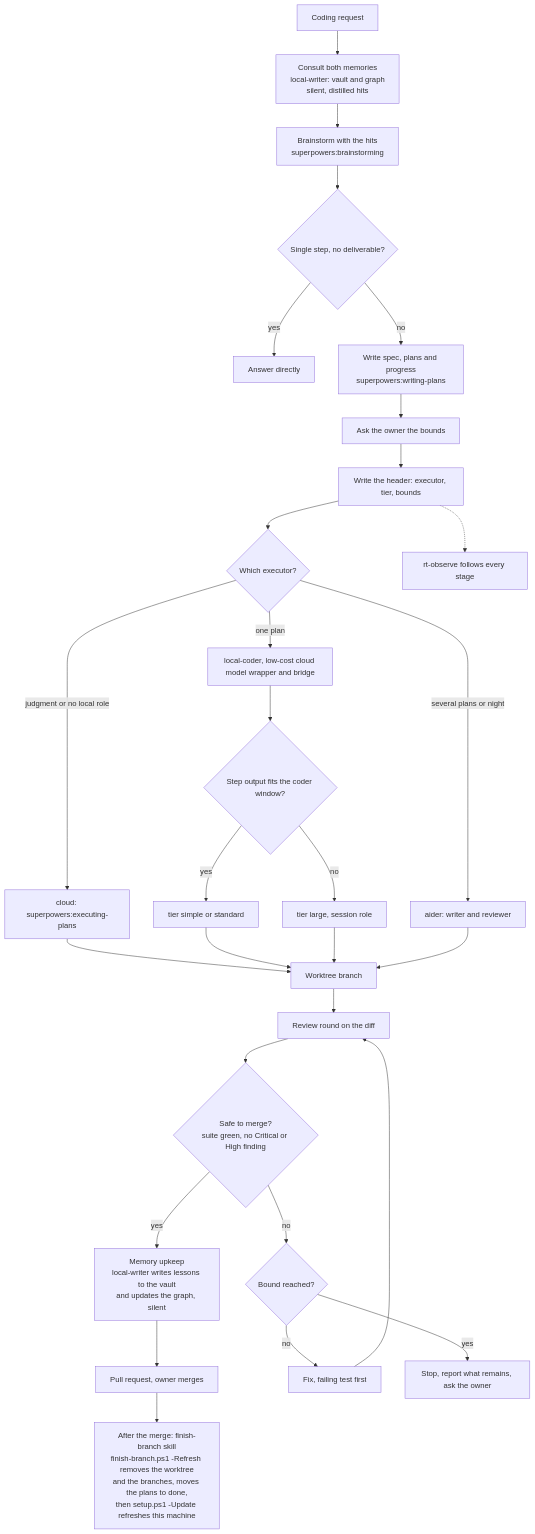
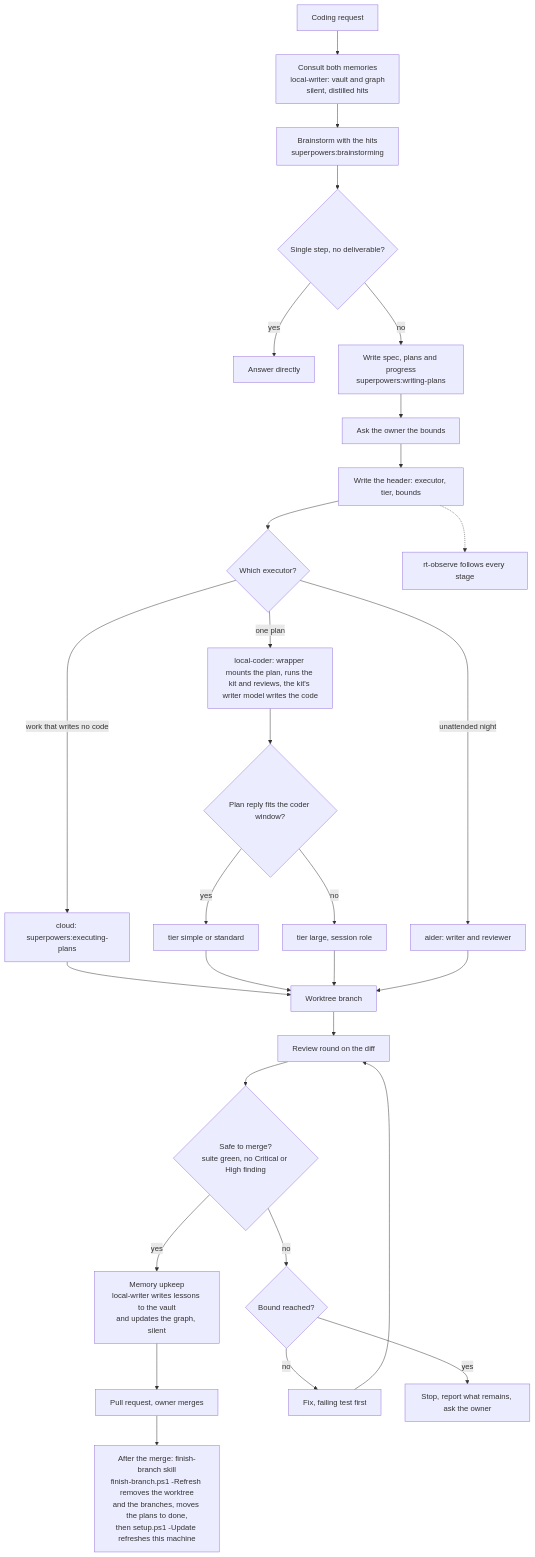
Before and after one commit to LARi-UQAC/ResearchTools: the diagram in manual/diagrams/local-coding-flow.mmd, drawn with Mermaid. The commit also changed 14 other files, not shown here.

```diff
--- a/manual/diagrams/local-coding-flow.mmd
+++ b/manual/diagrams/local-coding-flow.mmd
@@ -1,28 +1,28 @@
 flowchart TD
     A0["Coding request"] --> X["Consult both memories<br/>local-writer: vault and graph<br/>silent, distilled hits"]
     X --> A["Brainstorm with the hits<br/>superpowers:brainstorming"]
     A --> B{Single step, no deliverable?}
     B -- yes --> C[Answer directly]
     B -- no --> D["Write spec, plans and progress<br/>superpowers:writing-plans"]
     D --> E[Ask the owner the bounds]
     E --> F[Write the header: executor, tier, bounds]
     F --> G{Which executor?}
-    G -- judgment or no local role --> H["cloud: superpowers:executing-plans"]
-    G -- one plan --> J[local-coder, low-cost cloud model wrapper and bridge]
-    J --> K{Step output fits the coder window?}
+    G -- work that writes no code --> H["cloud: superpowers:executing-plans"]
+    G -- one plan --> J[local-coder: wrapper mounts the plan, runs the kit and reviews, the kit's writer model writes the code]
+    J --> K{Plan reply fits the coder window?}
     K -- yes --> L[tier simple or standard]
     K -- no --> M[tier large, session role]
-    G -- several plans or night --> N[aider: writer and reviewer]
+    G -- unattended night --> N[aider: writer and reviewer]
     H --> O[Worktree branch]
     L --> O
     M --> O
     N --> O
     O --> P[Review round on the diff]
     P --> Q{"Safe to merge?<br/>suite green, no Critical or High finding"}
     Q -- yes --> Y["Memory upkeep<br/>local-writer writes lessons to the vault<br/>and updates the graph, silent"]
     Y --> R[Pull request, owner merges]
     R --> Z["After the merge: finish-branch skill<br/>finish-branch.ps1 -Refresh removes the worktree<br/>and the branches, moves the plans to done,<br/>then setup.ps1 -Update refreshes this machine"]
     Q -- no --> S{Bound reached?}
     S -- no --> T[Fix, failing test first] --> P
     S -- yes --> U[Stop, report what remains, ask the owner]
     F -.-> V[rt-observe follows every stage]
```
